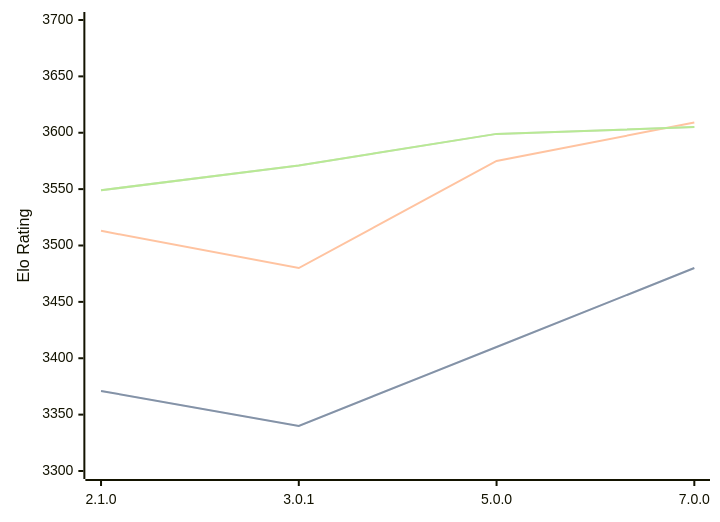
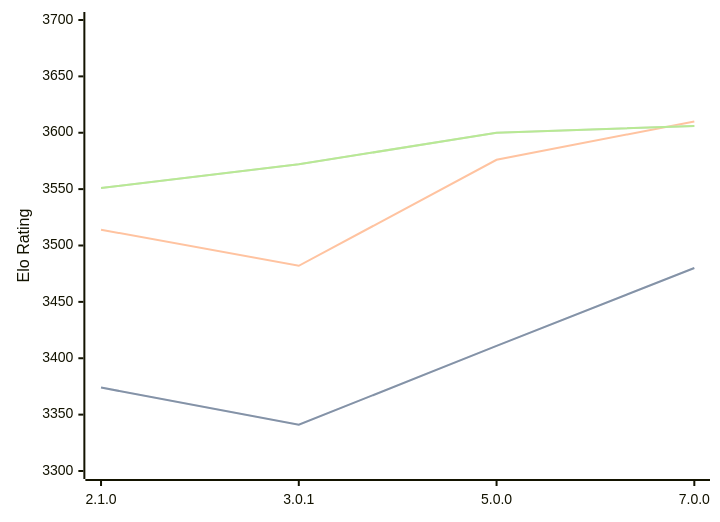
One commit to computer-chess-index/cci changed the diagram in engines/PlentyChess.md. Above: the diagram before and after it, drawn with Mermaid. The commit also changed other lines of this file, not shown here.

Commit message:
Update CCI Ratings (ELO VLTC) - 2026-05-06

````diff
--- a/engines/PlentyChess.md
+++ b/engines/PlentyChess.md
@@ -45,11 +45,11 @@
 ```mermaid
 %%{init: {"theme":"base","themeVariables":{"seriesColors:['#a3a3a3','#222221','#faa371']}}}%%
 xychart-beta
   x-axis ["2.1.0", "3.0.1", "5.0.0", "7.0.0"]
   y-axis "Elo Rating" 3300 --> 3700
-  line "STC (8.0+0.08s)" [3371, 3340, 3410, 3480]
-  line "STC (8.0+0.08s)" [3371, 3340, 3410, 3480]
-  line "LTC (60.0+0.60s)" [3513, 3480, 3575, 3609]
-  line "VLTC (2m24s+1.12s)" [3549, 3571, 3599, 3605]
-  line "VLTC (2m24s+1.12s)" [3549, 3571, 3599, 3605]
+  line "STC (8.0+0.08s)" [3374, 3341, 3411, 3480]
+  line "STC (8.0+0.08s)" [3374, 3341, 3411, 3480]
+  line "LTC (60.0+0.60s)" [3514, 3482, 3576, 3610]
+  line "VLTC (2m24s+1.12s)" [3551, 3572, 3600, 3606]
+  line "VLTC (2m24s+1.12s)" [3551, 3572, 3600, 3606]
 ```
````
